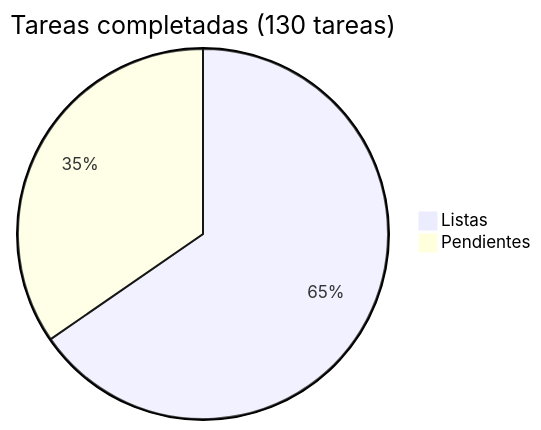
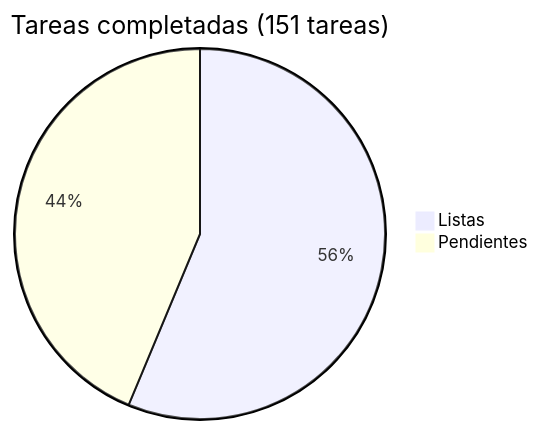
One commit to araguaney-lat/araguaney changed the diagram in docs/roadmap/README.md. Above: the diagram before and after it, drawn with Mermaid. The commit also changed other lines of this file and 1 other file, not shown here.

Commit message:
docs: Phase 7 — inter-center transfers with state machine and notifications

````diff
--- a/docs/roadmap/README.md
+++ b/docs/roadmap/README.md
@@ -5,5 +5,5 @@
 ```mermaid
-pie title Tareas completadas (130 tareas)
+pie title Tareas completadas (151 tareas)
     "Listas" : 85
-    "Pendientes" : 45
+    "Pendientes" : 66
 ```
````
